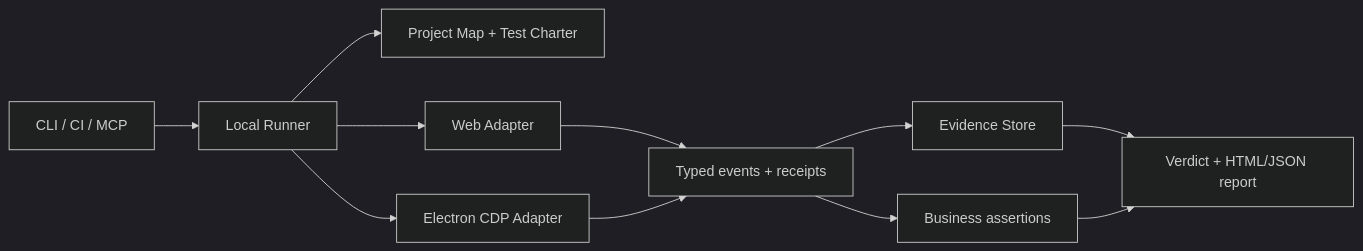
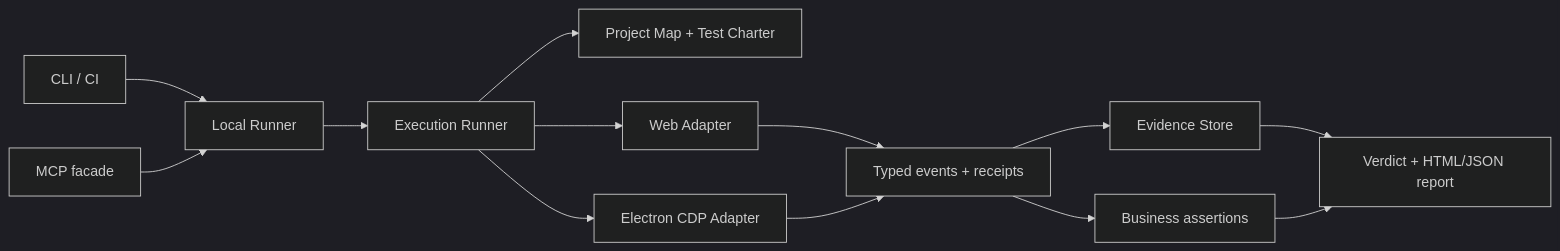
One commit to shutu-hub/proofkit-ai changed the diagram in README.md. Above: the diagram before and after it, drawn with Mermaid (dark theme). The commit also changed other lines of this file and 18 other files, not shown here.

````diff
--- a/README.md
+++ b/README.md
@@ -65,13 +74,15 @@
 ```mermaid
 flowchart LR
-  CLI[CLI / CI / MCP] --> Runner[Local Runner]
+  CLI[CLI / CI] --> Local[Local Runner]
+  MCP[MCP facade] --> Local
+  Local --> Runner[Execution Runner]
   Runner --> Planner[Project Map + Test Charter]
   Runner --> Web[Web Adapter]
   Runner --> Electron[Electron CDP Adapter]
   Web --> Events[Typed events + receipts]
   Electron --> Events
   Events --> Evidence[Evidence Store]
   Events --> Oracle[Business assertions]
   Evidence --> Verdict[Verdict + HTML/JSON report]
   Oracle --> Verdict
 ```
````
